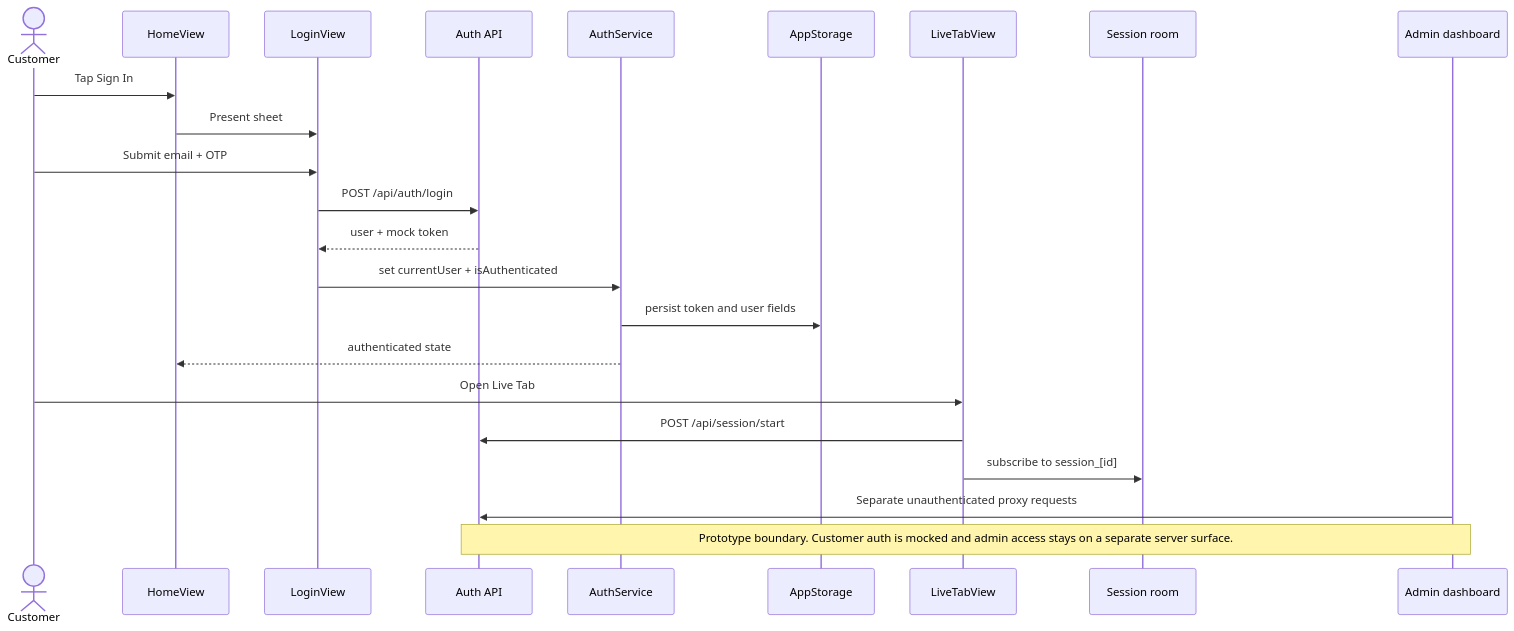
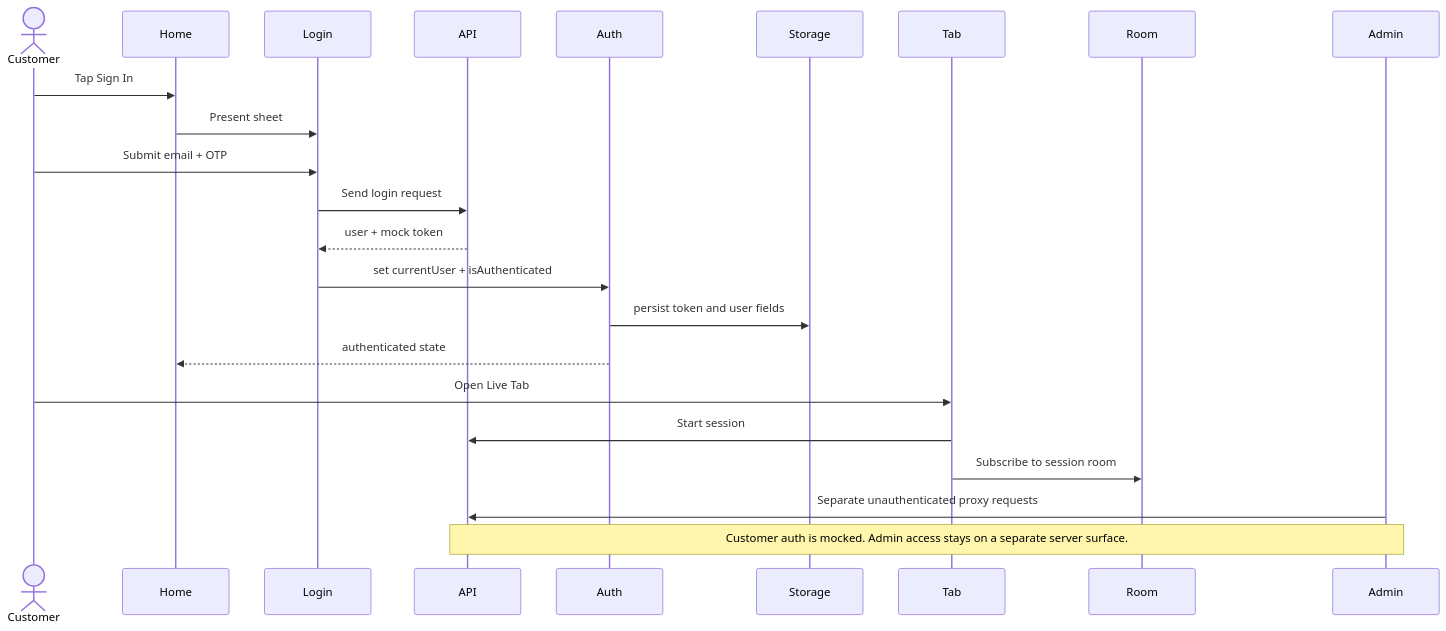
One commit to ebilguun03/ozora-capstone-portfolio changed the diagram in assets/capstone-experience/auth-access/auth-implemented.mmd. Above: the diagram before and after it, drawn with Mermaid. The commit also changed 3 other files, not shown here.

Commit message:
Fix experience page mermaid syntax

```diff
--- a/assets/capstone-experience/auth-access/auth-implemented.mmd
+++ b/assets/capstone-experience/auth-access/auth-implemented.mmd
@@ -1,24 +1,24 @@
 sequenceDiagram
     actor Customer
-    participant Home as HomeView
-    participant Login as LoginView
-    participant API as Auth API
-    participant Auth as AuthService
-    participant Storage as AppStorage
-    participant Tab as LiveTabView
-    participant Socket as Session room
-    participant Admin as Admin dashboard
+    participant Home
+    participant Login
+    participant API
+    participant Auth
+    participant Storage
+    participant Tab
+    participant Room
+    participant Admin
 
     Customer->>Home: Tap Sign In
     Home->>Login: Present sheet
     Customer->>Login: Submit email + OTP
-    Login->>API: POST /api/auth/login
+    Login->>API: Send login request
     API-->>Login: user + mock token
     Login->>Auth: set currentUser + isAuthenticated
     Auth->>Storage: persist token and user fields
     Auth-->>Home: authenticated state
     Customer->>Tab: Open Live Tab
-    Tab->>API: POST /api/session/start
-    Tab->>Socket: subscribe to session_[id]
+    Tab->>API: Start session
+    Tab->>Room: Subscribe to session room
     Admin->>API: Separate unauthenticated proxy requests
-    Note over API,Admin: Prototype boundary. Customer auth is mocked and admin access stays on a separate server surface.
+    Note over API,Admin: Customer auth is mocked. Admin access stays on a separate server surface.
```
